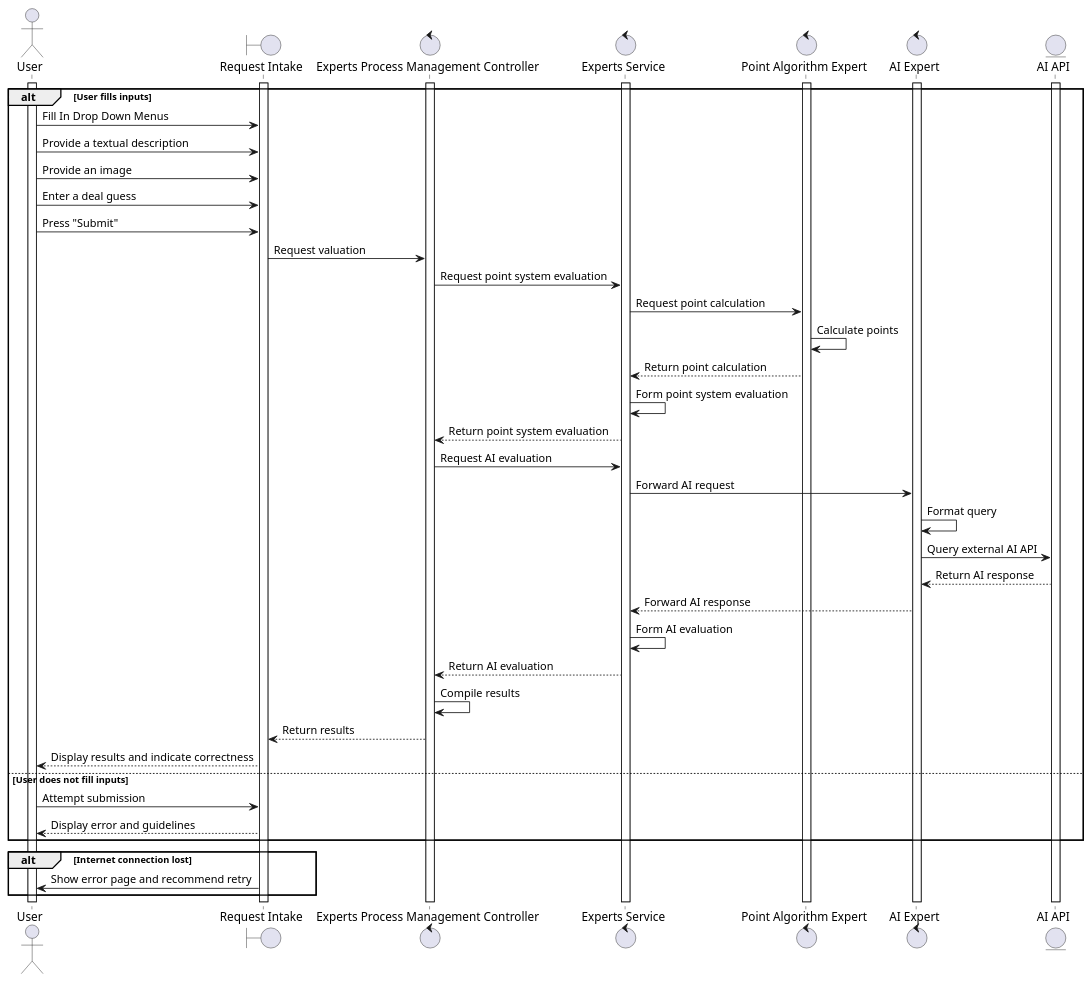
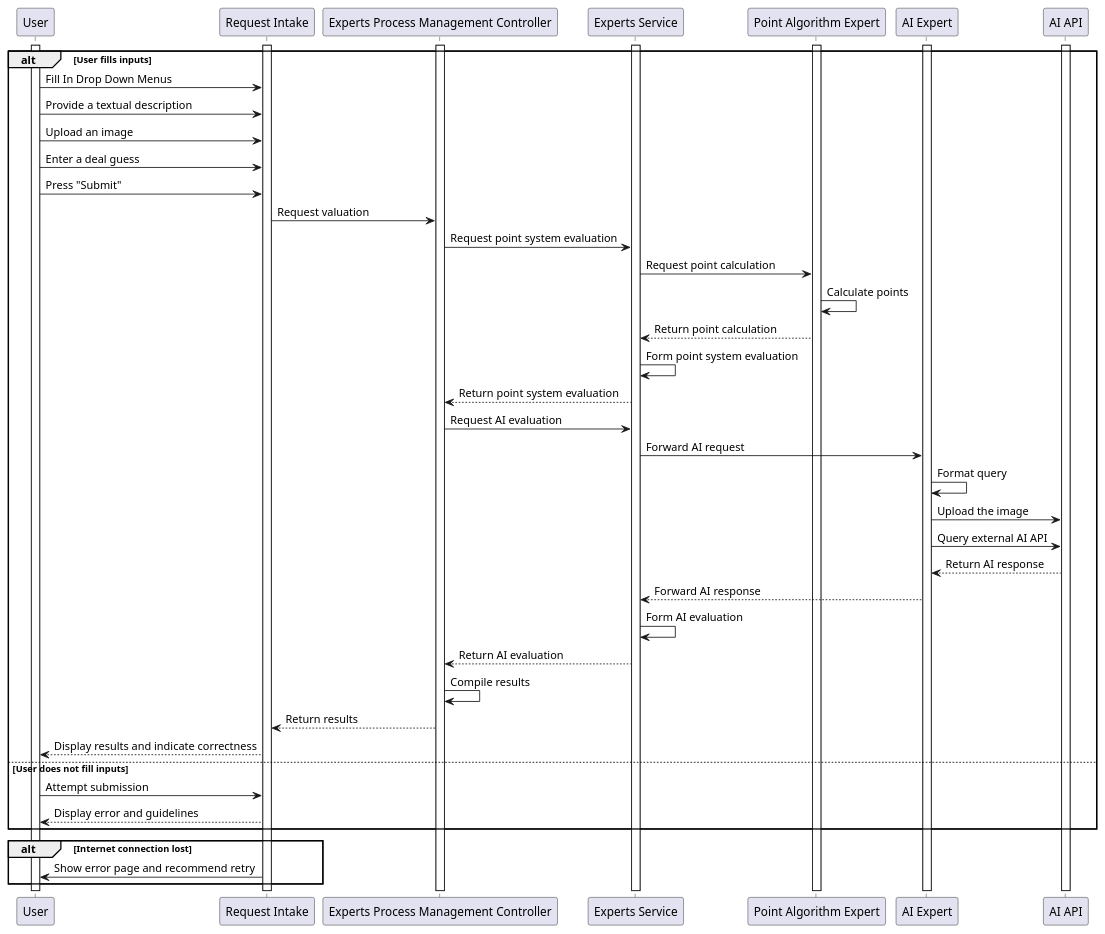
Before and after one commit to AhsanM71/SFWRENG-3A04-D1: the diagram in PUML/BE5.puml, drawn with PlantUML. The commit also changed 13 other files, not shown here.

Commit message:
updated sequence diagrams

```diff
--- a/PUML/BE5.puml
+++ b/PUML/BE5.puml
@@ -1,50 +1,52 @@
-@startuml be3
-actor User
-boundary "Request Intake" as Intake
-control "Experts Process Management Controller" as Controller
-control "Experts Service" as Service
-control "Point Algorithm Expert" as Algorithm
-control "AI Expert" as AI
-entity "AI API" as AI_API
+@startuml be5
+participant User
+participant "Request Intake" as Intake
+participant "Experts Process Management Controller" as Controller
+participant "Experts Service" as Service
+participant "Point Algorithm Expert" as Algorithm
+participant "AI Expert" as AI
+participant "AI API" as AI_API
+
 activate User
 activate Intake
 activate Controller
 activate Service
 activate Algorithm
 activate AI
 activate AI_API
 
 alt User fills inputs
     User -> Intake: Fill In Drop Down Menus
     User -> Intake: Provide a textual description
-    User -> Intake: Provide an image
+    User -> Intake: Upload an image
     User -> Intake: Enter a deal guess
     User -> Intake: Press "Submit"
     Intake -> Controller: Request valuation
     Controller -> Service: Request point system evaluation
     Service -> Algorithm: Request point calculation
     Algorithm -> Algorithm: Calculate points
     Algorithm --> Service: Return point calculation
     Service -> Service: Form point system evaluation
     Service --> Controller: Return point system evaluation
     Controller -> Service: Request AI evaluation
     Service -> AI: Forward AI request
     AI -> AI: Format query
+    AI -> AI_API: Upload the image
     AI -> AI_API: Query external AI API
     AI_API --> AI: Return AI response
     AI --> Service: Forward AI response
     Service -> Service: Form AI evaluation
     Service --> Controller: Return AI evaluation
     Controller -> Controller: Compile results
     Controller --> Intake: Return results
     Intake --> User: Display results and indicate correctness
 else User does not fill inputs
     User -> Intake: Attempt submission
     Intake --> User: Display error and guidelines
 end
 
 alt Internet connection lost
     Intake -> User: Show error page and recommend retry
 end
 
 @enduml
```
